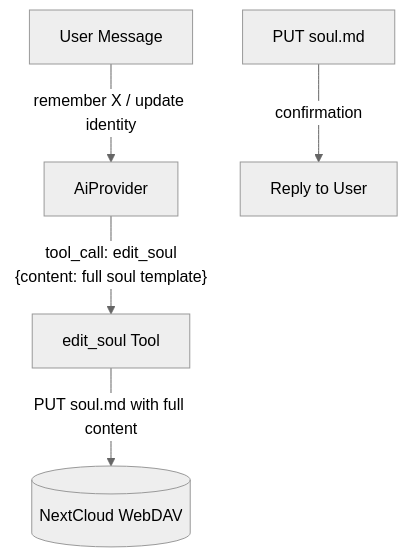
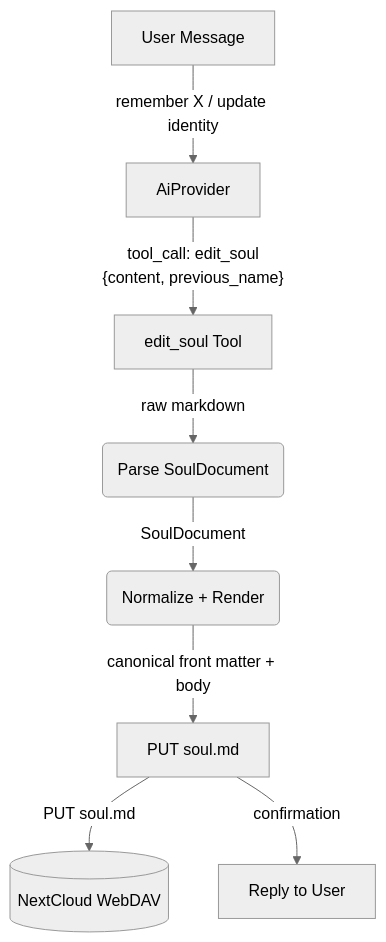
One commit to cosmoswafer/rockbot changed the diagram in _dfd/memory/memory/soul-editing.md. Above: the diagram before and after it, drawn with Mermaid (neutral theme). The commit also changed other lines of this file and 22 other files, not shown here.

Commit message:
Soul format: YAML front matter + legacy name migration (closes #105)

````diff
--- a/_dfd/memory/memory/soul-editing.md
+++ b/_dfd/memory/memory/soul-editing.md
@@ -11,14 +18,19 @@
 ```mermaid
 flowchart TD
     USER[User Message]
     AI[AiProvider]
     TOOL[edit_soul Tool]
+    PARSE(Parse SoulDocument)
+    NORMALIZE(Normalize + Render)
     DAV[(NextCloud WebDAV)]
     WRITE[PUT soul.md]
     REPLY[Reply to User]
 
     USER -->|"remember X / update identity"| AI
-    AI -->|"tool_call: edit_soul<br/>{content: full soul template}"| TOOL
-    TOOL -->|"PUT soul.md with full content"| DAV
+    AI -->|"tool_call: edit_soul<br/>{content, previous_name}"| TOOL
+    TOOL -->|"raw markdown"| PARSE
+    PARSE -->|"SoulDocument"| NORMALIZE
+    NORMALIZE -->|"canonical front matter + body"| WRITE
+    WRITE -->|"PUT soul.md"| DAV
     WRITE -->|"confirmation"| REPLY
 ```
````
